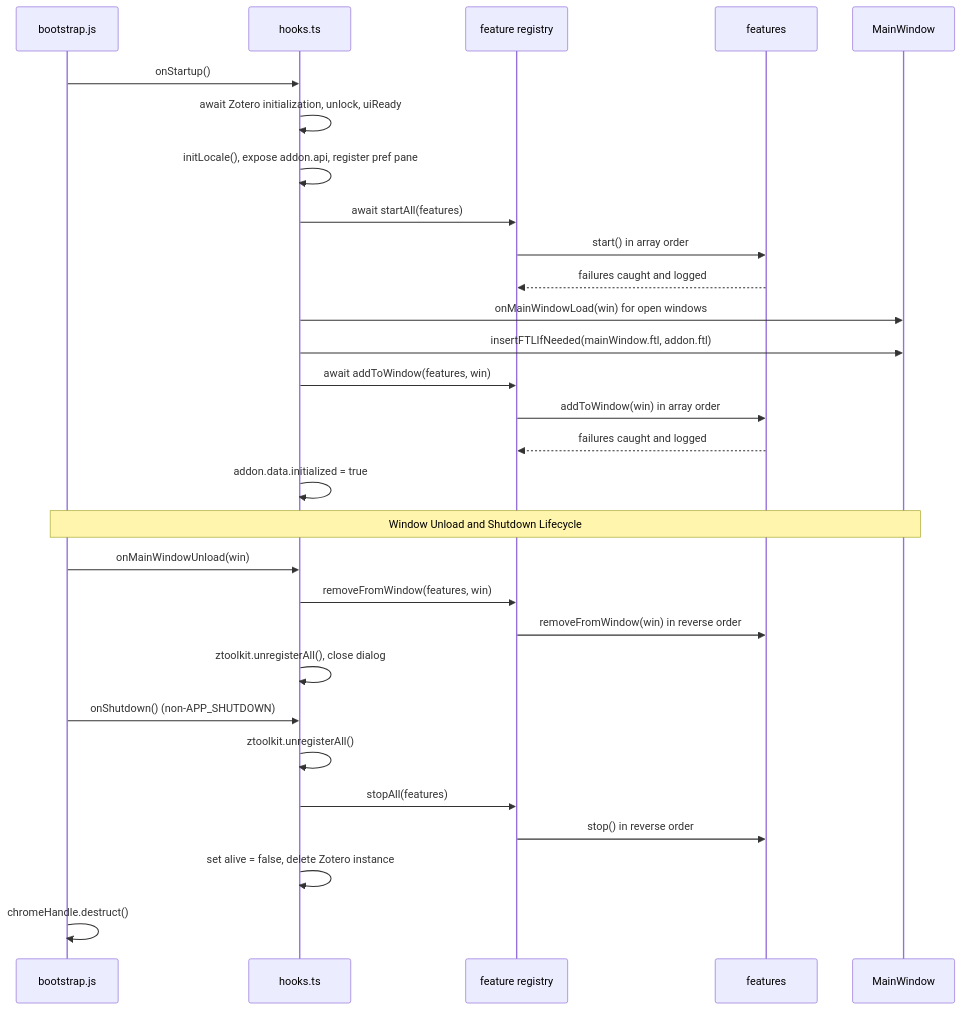
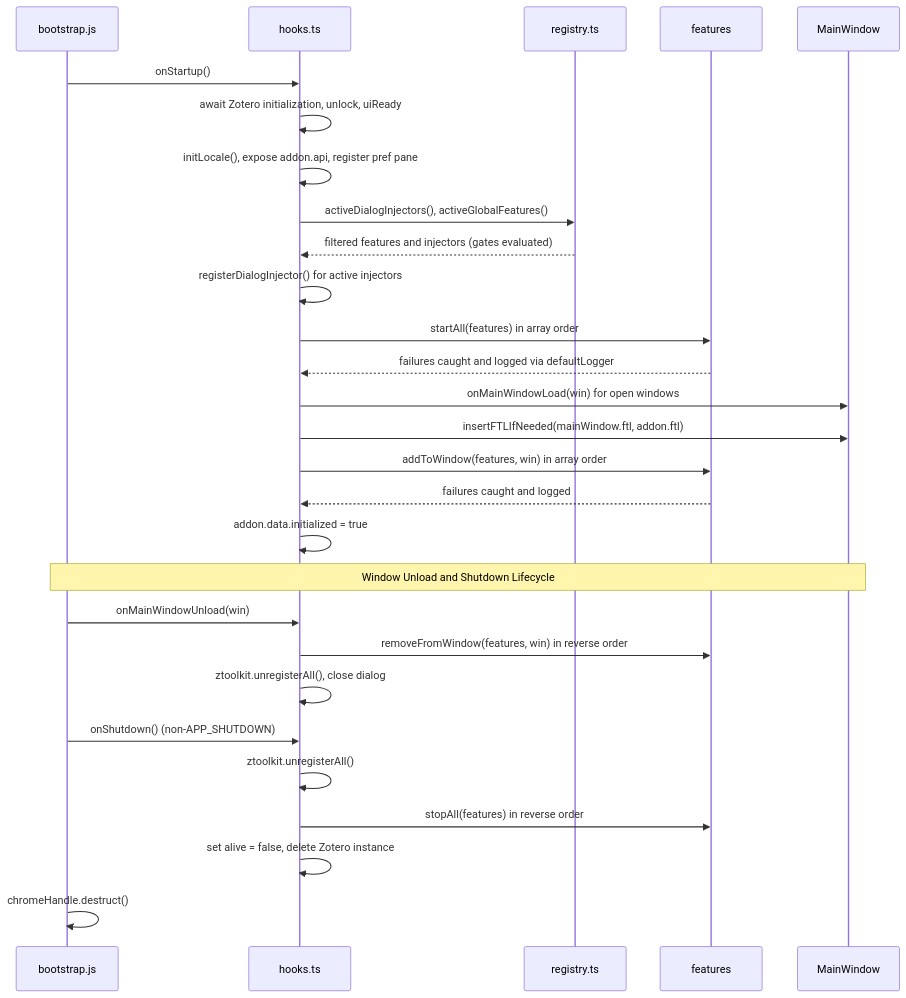
The second of 2 diagrams in openwiki/architecture/feature-lifecycle.md (justanotherjurastudent/zotero_FlexAnnotate), drawn with Mermaid before and after one commit. The commit also changed other lines of this file and 38 other files, not shown here.

````diff
--- a/openwiki/architecture/feature-lifecycle.md
+++ b/openwiki/architecture/feature-lifecycle.md
@@ -202,34 +377,33 @@
 ```mermaid
 sequenceDiagram
     participant B as bootstrap.js
     participant H as hooks.ts
-    participant Reg as feature registry
+    participant Reg as registry.ts
     participant Feats as features
     participant Win as MainWindow
 
     B->>H: onStartup()
     H->>H: await Zotero initialization, unlock, uiReady
     H->>H: initLocale(), expose addon.api, register pref pane
-    H->>Reg: await startAll(features)
-    Reg->>Feats: start() in array order
-    Feats-->>Reg: failures caught and logged
+    H->>Reg: activeDialogInjectors(), activeGlobalFeatures()
+    Reg-->>H: filtered features and injectors (gates evaluated)
+    H->>H: registerDialogInjector() for active injectors
+    H->>Feats: startAll(features) in array order
+    Feats-->>H: failures caught and logged via defaultLogger
     H->>Win: onMainWindowLoad(win) for open windows
     H->>Win: insertFTLIfNeeded(mainWindow.ftl, addon.ftl)
-    H->>Reg: await addToWindow(features, win)
-    Reg->>Feats: addToWindow(win) in array order
-    Feats-->>Reg: failures caught and logged
+    H->>Feats: addToWindow(features, win) in array order
+    Feats-->>H: failures caught and logged
     H->>H: addon.data.initialized = true
 
     Note over B,Win: Window Unload and Shutdown Lifecycle
 
     B->>H: onMainWindowUnload(win)
-    H->>Reg: removeFromWindow(features, win)
-    Reg->>Feats: removeFromWindow(win) in reverse order
+    H->>Feats: removeFromWindow(features, win) in reverse order
     H->>H: ztoolkit.unregisterAll(), close dialog
     B->>H: onShutdown() (non-APP_SHUTDOWN)
     H->>H: ztoolkit.unregisterAll()
-    H->>Reg: stopAll(features)
-    Reg->>Feats: stop() in reverse order
+    H->>Feats: stopAll(features) in reverse order
     H->>H: set alive = false, delete Zotero instance
     B->>B: chromeHandle.destruct()
 ```
````
